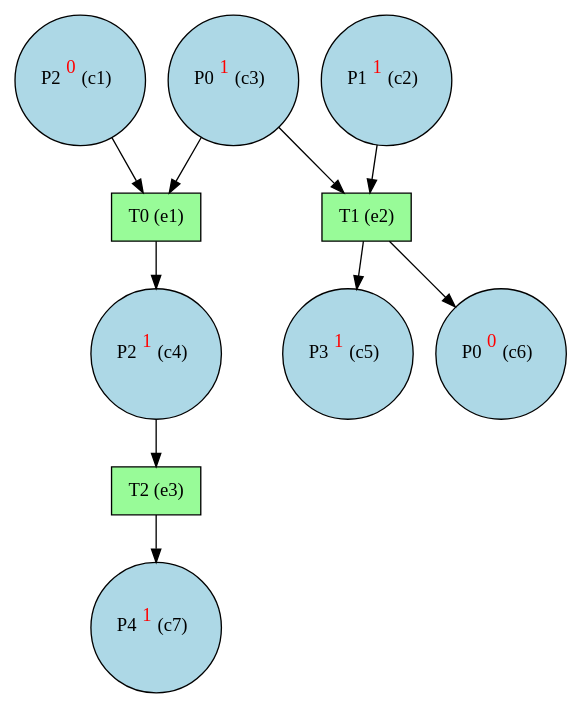
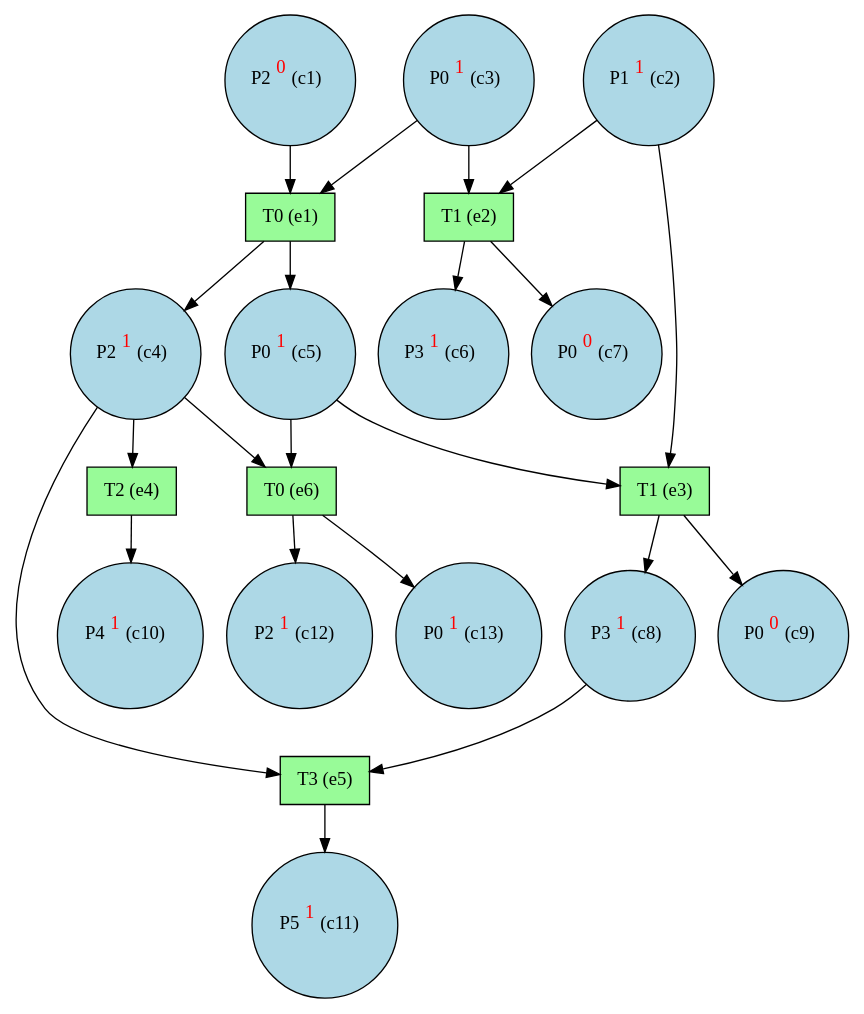
One commit to giannkas/ecofolder changed the diagram in examples/small_eg.dot. Above: the diagram before and after it, drawn with Graphviz. The commit also changed 12 other files, not shown here.

```diff
--- a/examples/small_eg.dot
+++ b/examples/small_eg.dot
@@ -1,21 +1,42 @@
 digraph test {
   c1 -> e1;
+  c2 -> e3;
   c2 -> e2;
   c3 -> e2;
   c3 -> e1;
   e1 -> c4;
-  c4 -> e3;
-  e2 -> c5;
+  c4 -> e5;
+  c4 -> e4;
+  c4 -> e6;
+  e1 -> c5;
+  c5 -> e3;
+  c5 -> e6;
   e2 -> c6;
-  e3 -> c7;
+  e2 -> c7;
+  e3 -> c8;
+  c8 -> e5;
+  e3 -> c9;
+  e4 -> c10;
+  e5 -> c11;
+  e6 -> c12;
+  e6 -> c13;
   c1 [fillcolor=lightblue label= <P2<FONT COLOR="red"><SUP>0</SUP></FONT>&nbsp;(c1)> shape=circle style=filled];
   c2 [fillcolor=lightblue label= <P1<FONT COLOR="red"><SUP>1</SUP></FONT>&nbsp;(c2)> shape=circle style=filled];
   c3 [fillcolor=lightblue label= <P0<FONT COLOR="red"><SUP>1</SUP></FONT>&nbsp;(c3)> shape=circle style=filled];
   c4 [fillcolor=lightblue label= <P2<FONT COLOR="red"><SUP>1</SUP></FONT>&nbsp;(c4)> shape=circle style=filled];
-  c5 [fillcolor=lightblue label= <P3<FONT COLOR="red"><SUP>1</SUP></FONT>&nbsp;(c5)> shape=circle style=filled];
-  c6 [fillcolor=lightblue label= <P0<FONT COLOR="red"><SUP>0</SUP></FONT>&nbsp;(c6)> shape=circle style=filled];
-  c7 [fillcolor=lightblue label= <P4<FONT COLOR="red"><SUP>1</SUP></FONT>&nbsp;(c7)> shape=circle style=filled];
+  c5 [fillcolor=lightblue label= <P0<FONT COLOR="red"><SUP>1</SUP></FONT>&nbsp;(c5)> shape=circle style=filled];
+  c6 [fillcolor=lightblue label= <P3<FONT COLOR="red"><SUP>1</SUP></FONT>&nbsp;(c6)> shape=circle style=filled];
+  c7 [fillcolor=lightblue label= <P0<FONT COLOR="red"><SUP>0</SUP></FONT>&nbsp;(c7)> shape=circle style=filled];
+  c8 [fillcolor=lightblue label= <P3<FONT COLOR="red"><SUP>1</SUP></FONT>&nbsp;(c8)> shape=circle style=filled];
+  c9 [fillcolor=lightblue label= <P0<FONT COLOR="red"><SUP>0</SUP></FONT>&nbsp;(c9)> shape=circle style=filled];
+  c10 [fillcolor=lightblue label= <P4<FONT COLOR="red"><SUP>1</SUP></FONT>&nbsp;(c10)> shape=circle style=filled];
+  c11 [fillcolor=lightblue label= <P5<FONT COLOR="red"><SUP>1</SUP></FONT>&nbsp;(c11)> shape=circle style=filled];
+  c12 [fillcolor=lightblue label= <P2<FONT COLOR="red"><SUP>1</SUP></FONT>&nbsp;(c12)> shape=circle style=filled];
+  c13 [fillcolor=lightblue label= <P0<FONT COLOR="red"><SUP>1</SUP></FONT>&nbsp;(c13)> shape=circle style=filled];
   e1 [fillcolor=palegreen label="T0 (e1)" shape=box style=filled];
   e2 [fillcolor=palegreen label="T1 (e2)" shape=box style=filled];
-  e3 [fillcolor=palegreen label="T2 (e3)" shape=box style=filled];
+  e3 [fillcolor=palegreen label="T1 (e3)" shape=box style=filled];
+  e4 [fillcolor=palegreen label="T2 (e4)" shape=box style=filled];
+  e5 [fillcolor=palegreen label="T3 (e5)" shape=box style=filled];
+  e6 [fillcolor=palegreen label="T0 (e6)" shape=box style=filled];
 }
```
